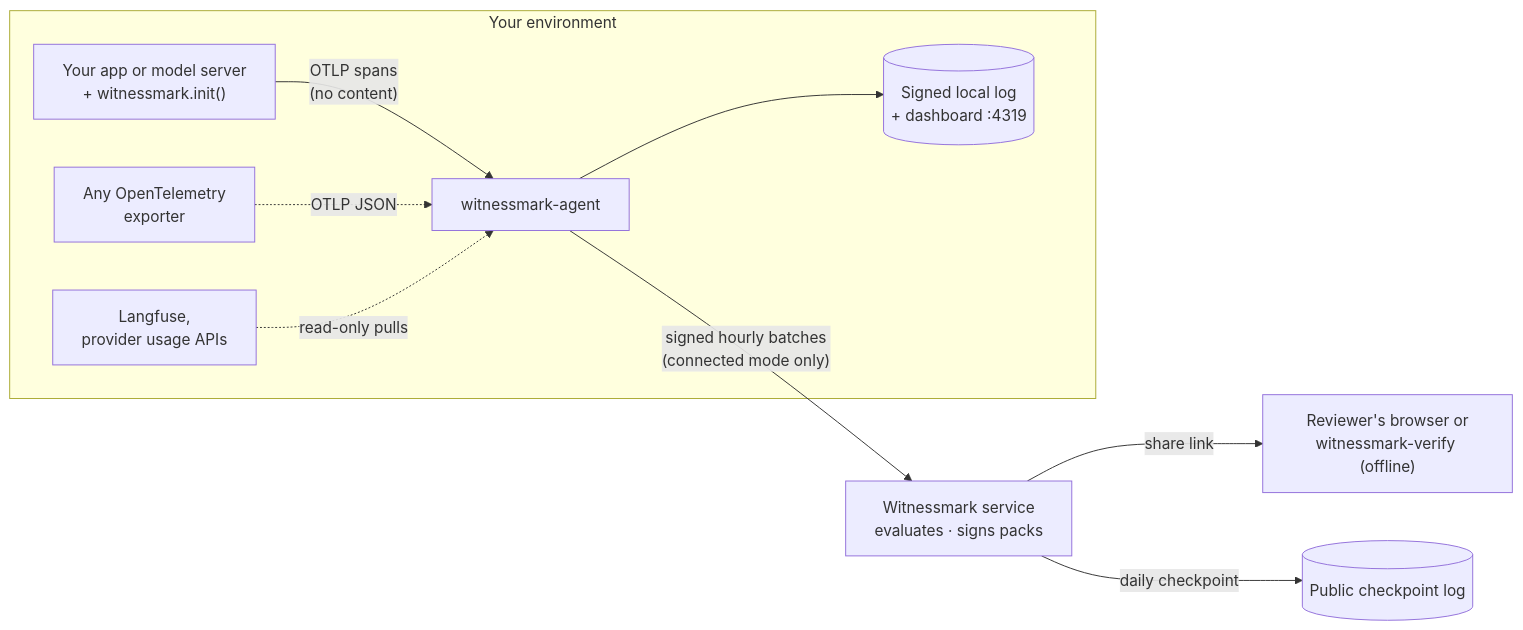
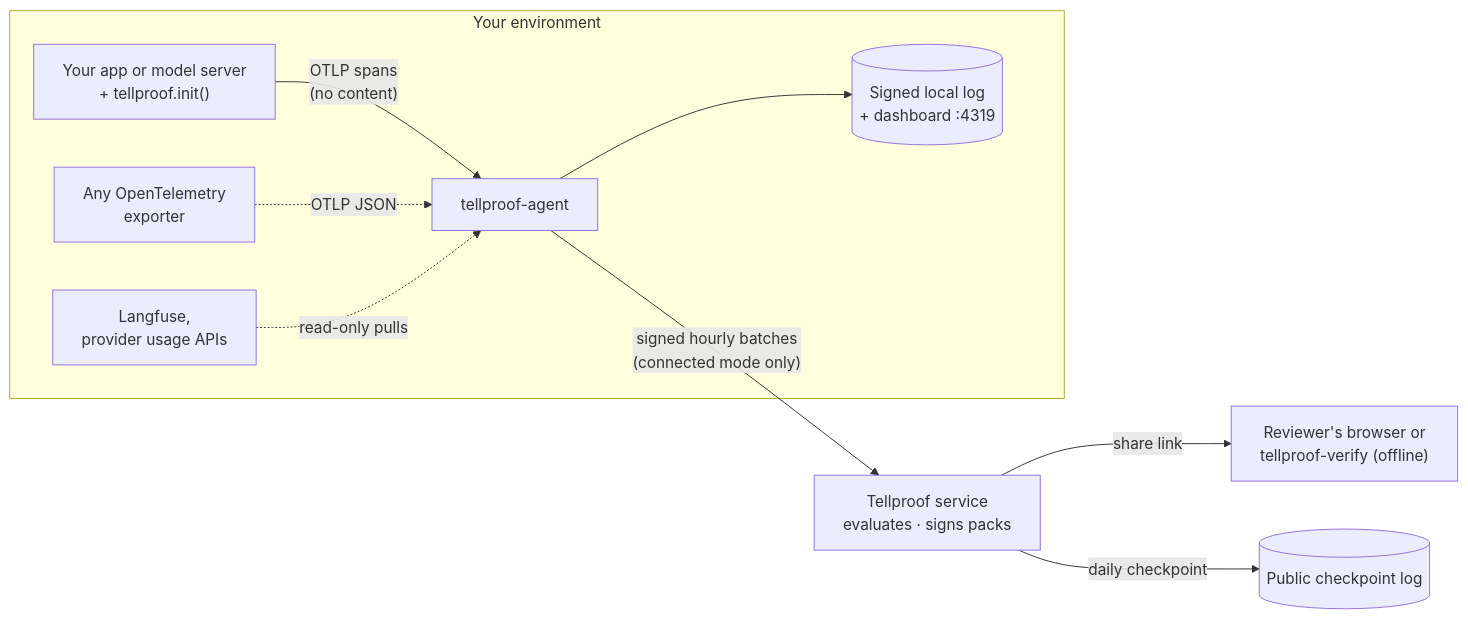
One commit to Lumetrix-Advanced-Technologies/tellproof-cloud changed the diagram in oss/README.md. Above: the diagram before and after it, drawn with Mermaid. The commit also changed other lines of this file and 202 other files, not shown here.

First line of the commit message:
Rename Witnessmark to Tellproof before release (D-059)

````diff
--- a/oss/README.md
+++ b/oss/README.md
@@ -165,12 +165,12 @@
 ```mermaid
 flowchart LR
   subgraph yours["Your environment"]
-    app["Your app or model server<br/>+ witnessmark.init()"] -- "OTLP spans<br/>(no content)" --> agent["witnessmark-agent"]
+    app["Your app or model server<br/>+ tellproof.init()"] -- "OTLP spans<br/>(no content)" --> agent["tellproof-agent"]
     otel["Any OpenTelemetry<br/>exporter"] -. "OTLP JSON" .-> agent
     lf["Langfuse,<br/>provider usage APIs"] -. "read-only pulls" .-> agent
     agent --> log[("Signed local log<br/>+ dashboard :4319")]
   end
-  agent -- "signed hourly batches<br/>(connected mode only)" --> svc["Witnessmark service<br/>evaluates · signs packs"]
-  svc -- "share link" --> rev["Reviewer's browser or<br/>witnessmark-verify (offline)"]
+  agent -- "signed hourly batches<br/>(connected mode only)" --> svc["Tellproof service<br/>evaluates · signs packs"]
+  svc -- "share link" --> rev["Reviewer's browser or<br/>tellproof-verify (offline)"]
   svc -- "daily checkpoint" --> pub[("Public checkpoint log")]
 ```
````
